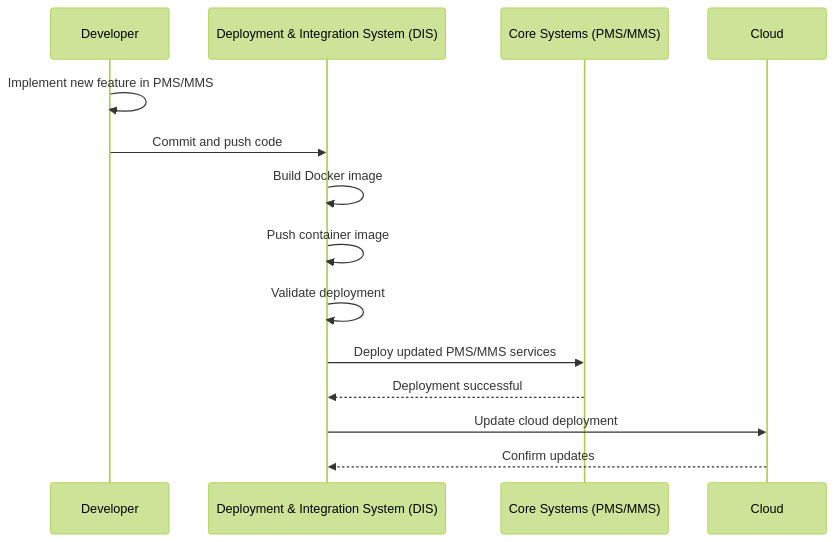
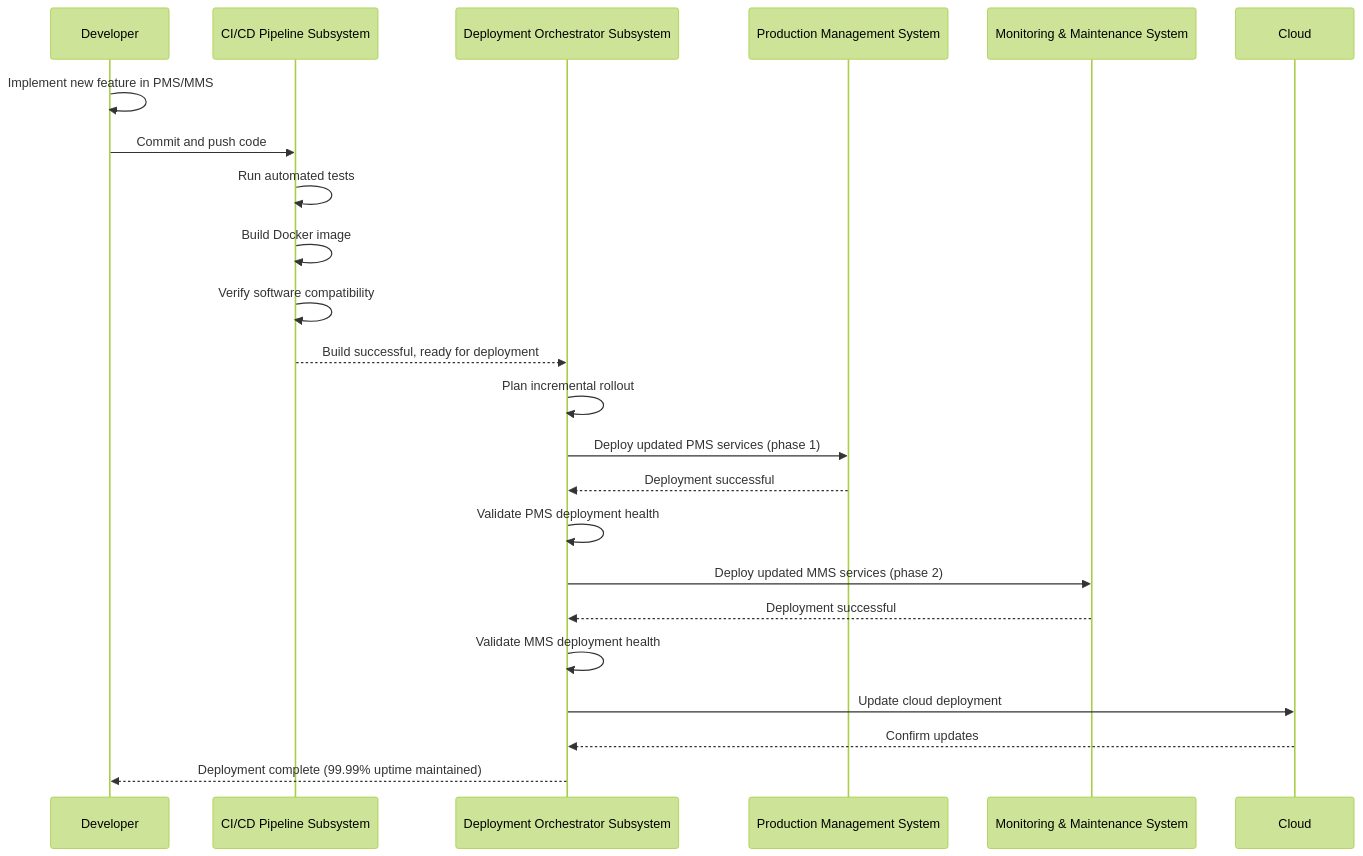
Before and after one commit to Kongstad-Dev/AdvancedSoftwareArchG5: the diagram in diagrams/DIS-behavior.mmd, drawn with Mermaid (forest theme). The commit also changed 1 other file, not shown here.

Commit message:
New Diagram

```diff
--- a/diagrams/DIS-behavior.mmd
+++ b/diagrams/DIS-behavior.mmd
@@ -1,15 +1,24 @@
 sequenceDiagram
 participant Developer
-participant DIS as Deployment & Integration System (DIS)
-participant CoreSystems as Core Systems (PMS/MMS)
+participant CICD as CI/CD Pipeline Subsystem
+participant Orchestrator as Deployment Orchestrator Subsystem
+participant PMS as Production Management System
+participant MMS as Monitoring & Maintenance System
 participant Cloud
 
 Developer->>Developer: Implement new feature in PMS/MMS
-Developer->>DIS: Commit and push code
-DIS->>DIS: Build Docker image
-DIS->>DIS: Push container image
-DIS->>DIS: Validate deployment
-DIS->>CoreSystems: Deploy updated PMS/MMS services
-CoreSystems-->>DIS: Deployment successful
-DIS->>Cloud: Update cloud deployment
-Cloud-->>DIS: Confirm updates
+Developer->>CICD: Commit and push code
+CICD->>CICD: Run automated tests
+CICD->>CICD: Build Docker image
+CICD->>CICD: Verify software compatibility
+CICD-->>Orchestrator: Build successful, ready for deployment
+Orchestrator->>Orchestrator: Plan incremental rollout
+Orchestrator->>PMS: Deploy updated PMS services (phase 1)
+PMS-->>Orchestrator: Deployment successful
+Orchestrator->>Orchestrator: Validate PMS deployment health
+Orchestrator->>MMS: Deploy updated MMS services (phase 2)
+MMS-->>Orchestrator: Deployment successful
+Orchestrator->>Orchestrator: Validate MMS deployment health
+Orchestrator->>Cloud: Update cloud deployment
+Cloud-->>Orchestrator: Confirm updates
+Orchestrator-->>Developer: Deployment complete (99.99% uptime maintained)
```
